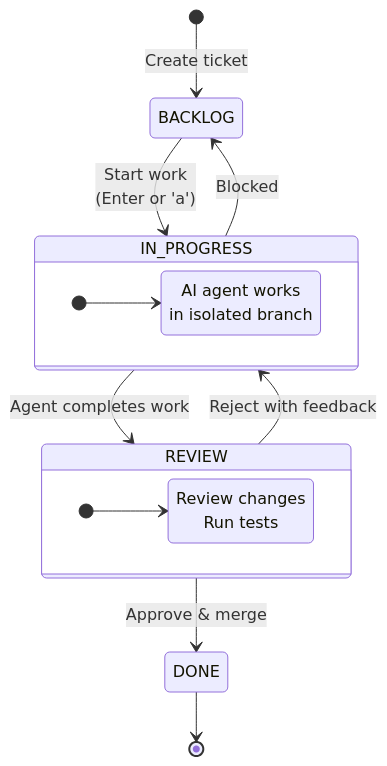
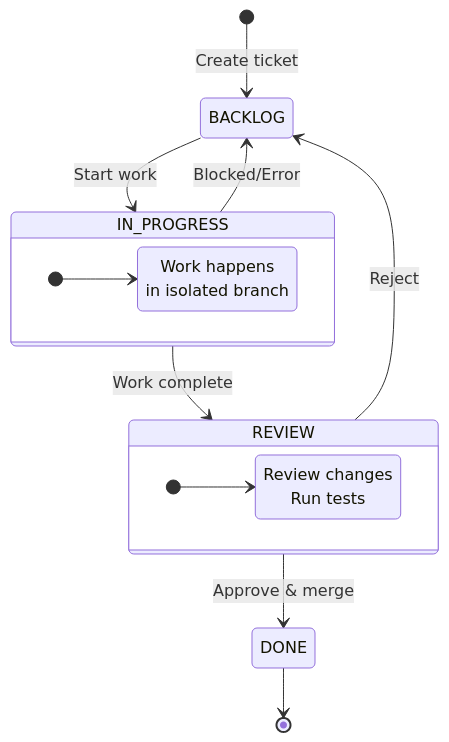
One commit to kagan-sh/kagan-legacy changed the second of 2 diagrams in docs/index.md. Above: the diagram before and after it, drawn with Mermaid. The commit also changed other lines of this file and 187 other files, not shown here.

````diff
--- a/docs/index.md
+++ b/docs/index.md
@@ -163,26 +127,26 @@
 ```mermaid
 stateDiagram-v2
     [*] --> BACKLOG: Create ticket
 
-    BACKLOG --> IN_PROGRESS: Start work<br/>(Enter or 'a')
+    BACKLOG --> IN_PROGRESS: Start work
 
     state IN_PROGRESS {
         direction LR
         [*] --> Working
-        Working: AI agent works<br/>in isolated branch
+        Working: Work happens<br/>in isolated branch
     }
 
-    IN_PROGRESS --> REVIEW: Agent completes work
-    IN_PROGRESS --> BACKLOG: Blocked
+    IN_PROGRESS --> REVIEW: Work complete
+    IN_PROGRESS --> BACKLOG: Blocked/Error
 
     state REVIEW {
         direction LR
         [*] --> Reviewing
         Reviewing: Review changes<br/>Run tests
     }
 
     REVIEW --> DONE: Approve & merge
-    REVIEW --> IN_PROGRESS: Reject with feedback
+    REVIEW --> BACKLOG: Reject
 
     DONE --> [*]
 ```
````
